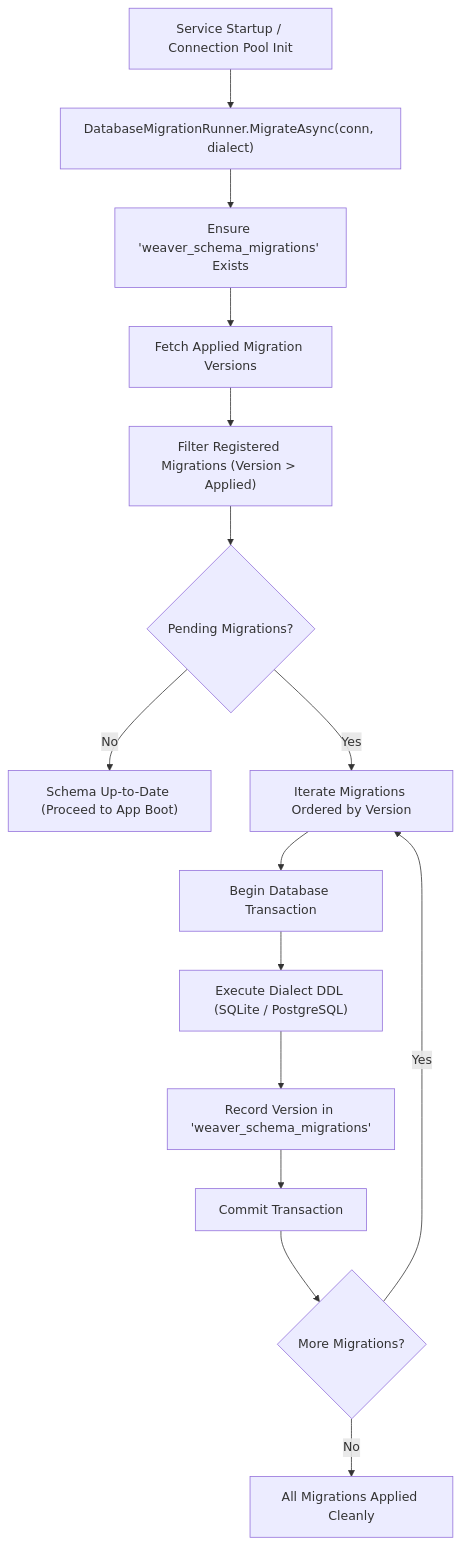
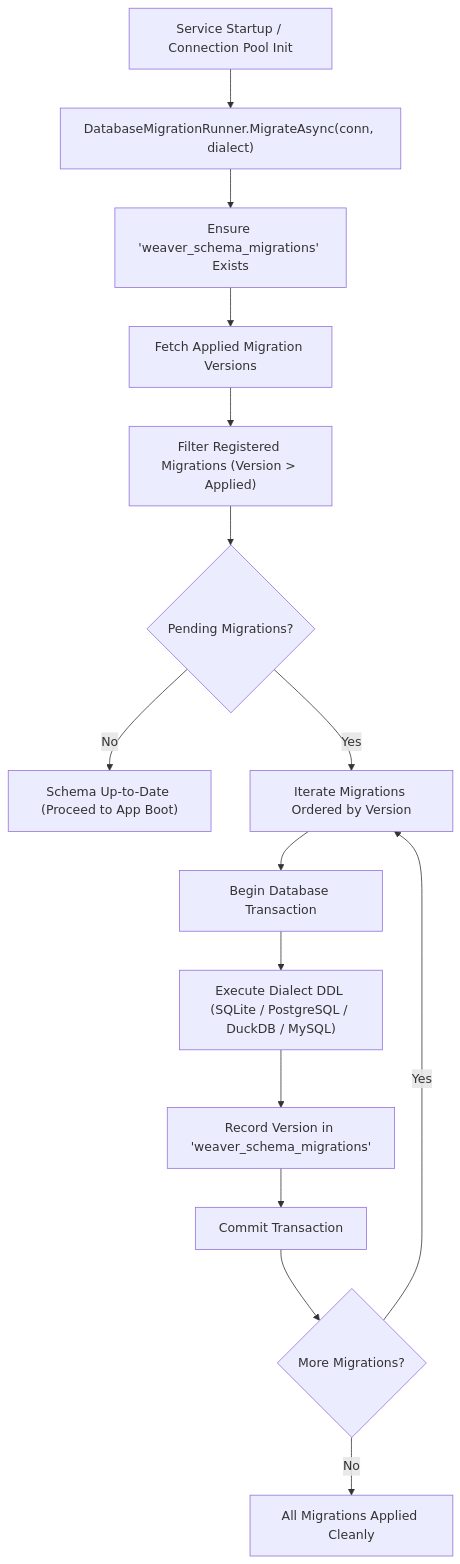
Before and after one commit to lantea-one/nanoweaver-hrt: the fifth of 6 diagrams in docs/compliance-and-security.md, drawn with Mermaid. The commit also changed other lines of this file and 34 other files, not shown here.

````diff
--- a/docs/compliance-and-security.md
+++ b/docs/compliance-and-security.md
@@ -273,17 +277,17 @@
 ```mermaid
 flowchart TD
     Boot["Service Startup / Connection Pool Init"] --> Runner["DatabaseMigrationRunner.MigrateAsync(conn, dialect)"]
     Runner --> CheckTable["Ensure 'weaver_schema_migrations' Exists"]
     CheckTable --> FetchApplied["Fetch Applied Migration Versions"]
     FetchApplied --> FilterPending["Filter Registered Migrations (Version > Applied)"]
     FilterPending --> HasPending{"Pending Migrations?"}
     HasPending -- No --> UpToDate["Schema Up-to-Date (Proceed to App Boot)"]
     HasPending -- Yes --> Loop["Iterate Migrations Ordered by Version"]
     Loop --> Tx["Begin Database Transaction"]
-    Tx --> ExecDDL["Execute Dialect DDL (SQLite / PostgreSQL)"]
+    Tx --> ExecDDL["Execute Dialect DDL (SQLite / PostgreSQL / DuckDB / MySQL)"]
     ExecDDL --> Record["Record Version in 'weaver_schema_migrations'"]
     Record --> Commit["Commit Transaction"]
     Commit --> HasMore{"More Migrations?"}
     HasMore -- Yes --> Loop
     HasMore -- No --> Finished["All Migrations Applied Cleanly"]
 ```
````
